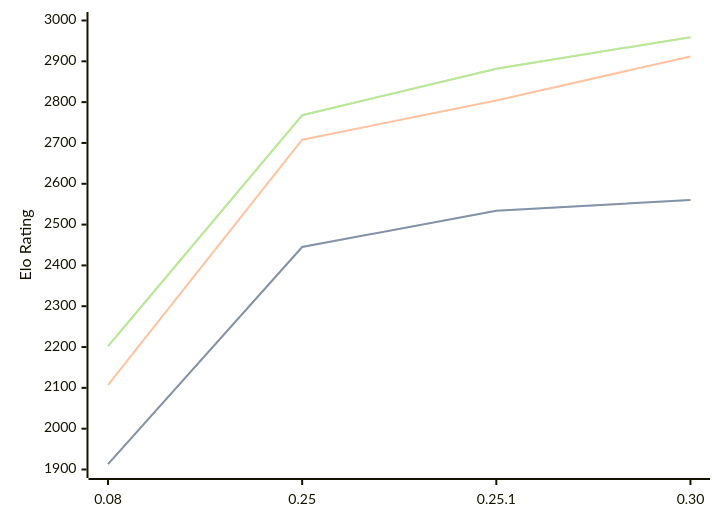
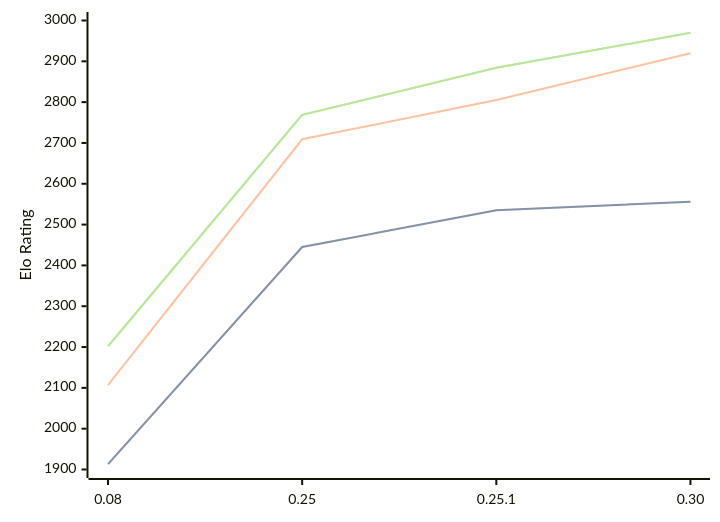
Before and after one commit to computer-chess-index/cci: the diagram in engines/Gecko.md, drawn with Mermaid. The commit also changed other lines of this file, not shown here.

Commit message:
Update CCI Ratings (ELO VLTC) - 2026-05-06

````diff
--- a/engines/Gecko.md
+++ b/engines/Gecko.md
@@ -34,11 +34,11 @@
 ```mermaid
 %%{init: {"theme":"base","themeVariables":{"seriesColors:['#a3a3a3','#222221','#faa371']}}}%%
 xychart-beta
   x-axis ["0.08", "0.25", "0.25.1", "0.30"]
   y-axis "Elo Rating" 1900 --> 3000
-  line "STC (8.0+0.08s)" [1913, 2445, 2534, 2560]
-  line "STC (8.0+0.08s)" [1913, 2445, 2534, 2560]
-  line "LTC (60.0+0.60s)" [2107, 2708, 2804, 2912]
-  line "VLTC (2m24s+1.12s)" [2202, 2768, 2882, 2959]
-  line "VLTC (2m24s+1.12s)" [2202, 2768, 2882, 2959]
+  line "STC (8.0+0.08s)" [1913, 2445, 2535, 2556]
+  line "STC (8.0+0.08s)" [1913, 2445, 2535, 2556]
+  line "LTC (60.0+0.60s)" [2107, 2709, 2805, 2920]
+  line "VLTC (2m24s+1.12s)" [2202, 2769, 2884, 2970]
+  line "VLTC (2m24s+1.12s)" [2202, 2769, 2884, 2970]
 ```
````
